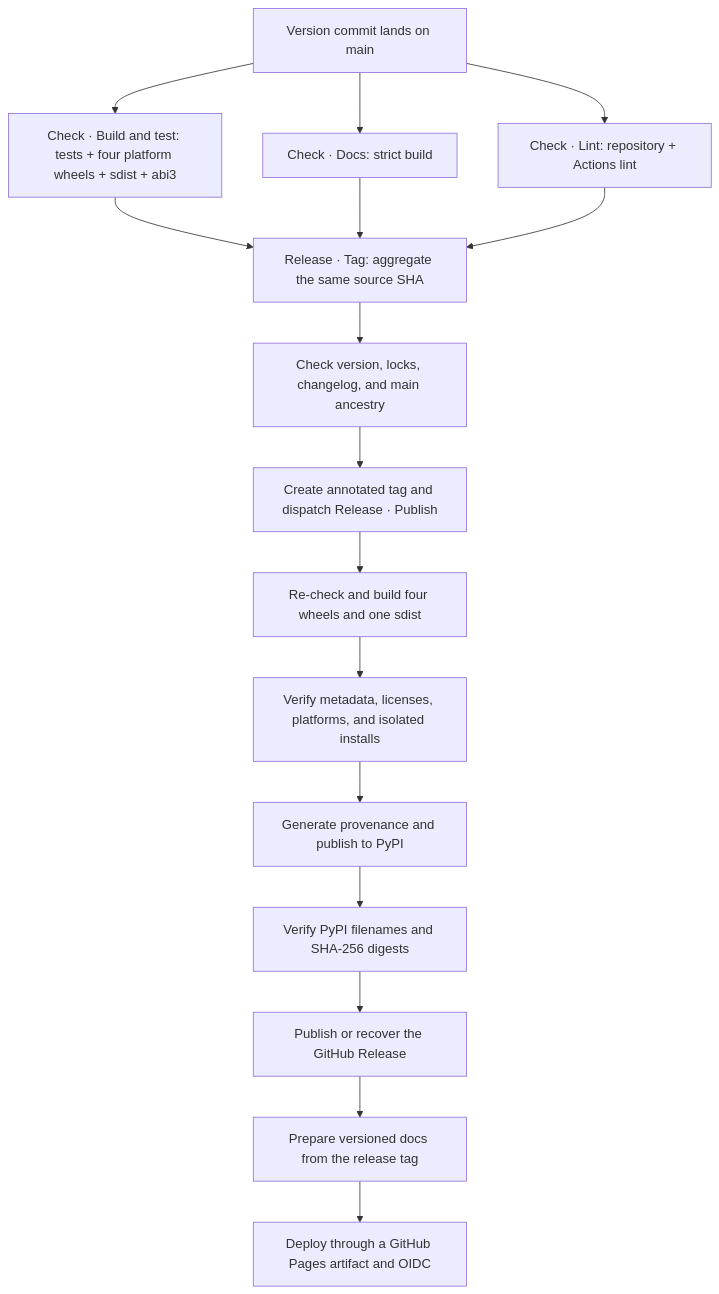
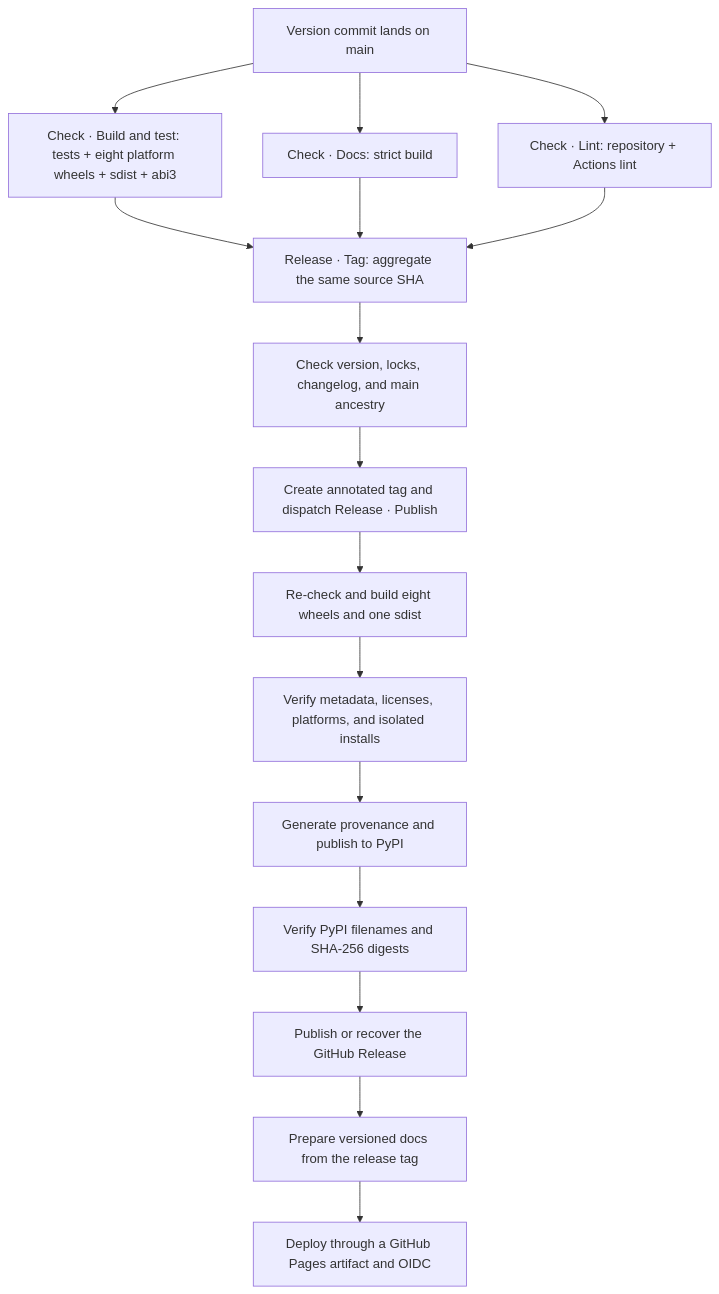
Before and after one commit to BalconyJH/takumi-py: the diagram in docs/en/maintainers/releasing.md, drawn with Mermaid. The commit also changed other lines of this file and 10 other files, not shown here.

First line of the commit message:
ci: build wheels for musllinux, Intel macOS, and Windows on arm64

````diff
--- a/docs/en/maintainers/releasing.md
+++ b/docs/en/maintainers/releasing.md
@@ -83,18 +83,18 @@
 ```mermaid
 flowchart TD
-    M["Version commit lands on main"] --> C["Check · Build and test: tests + four platform wheels + sdist + abi3"]
+    M["Version commit lands on main"] --> C["Check · Build and test: tests + eight platform wheels + sdist + abi3"]
     M --> D["Check · Docs: strict build"]
     M --> K["Check · Lint: repository + Actions lint"]
     C --> T["Release · Tag: aggregate the same source SHA"]
     D --> T
     K --> T
     T --> V["Check version, locks, changelog, and main ancestry"]
     V --> G["Create annotated tag and dispatch Release · Publish"]
-    G --> B["Re-check and build four wheels and one sdist"]
+    G --> B["Re-check and build eight wheels and one sdist"]
     B --> A["Verify metadata, licenses, platforms, and isolated installs"]
     A --> P["Generate provenance and publish to PyPI"]
     P --> H["Verify PyPI filenames and SHA-256 digests"]
     H --> R["Publish or recover the GitHub Release"]
     R --> X["Prepare versioned docs from the release tag"]
     X --> Y["Deploy through a GitHub Pages artifact and OIDC"]
 ```
````
